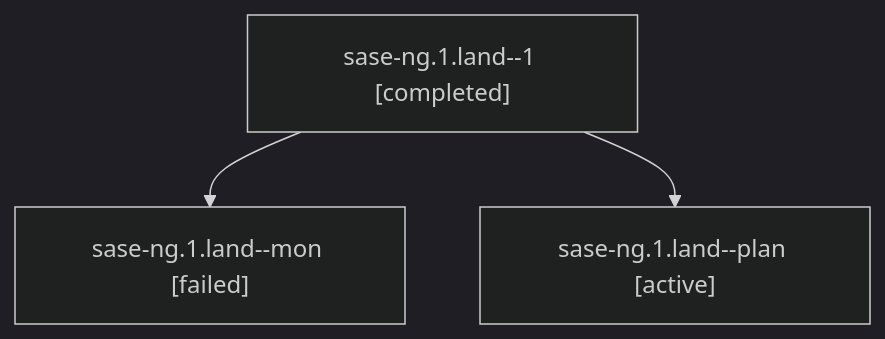
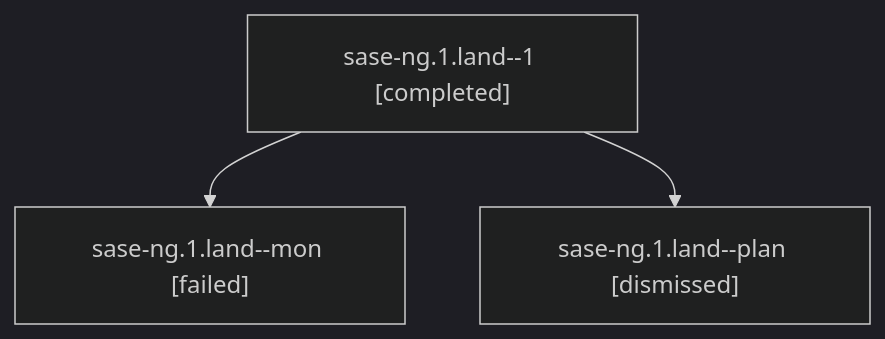
The diagram in sessions/bbugyi200.athena.sase-ng.1.land.md (sase-org/sase--agents), drawn with Mermaid (dark theme) before and after one commit. The commit also changed other lines of this file and 219 other files, not shown here.

````diff
--- a/sessions/bbugyi200.athena.sase-ng.1.land.md
+++ b/sessions/bbugyi200.athena.sase-ng.1.land.md
@@ -9,8 +9,8 @@
 ```mermaid
 flowchart TD
   n0["sase-ng.1.land--1 [completed]"]
   n1["sase-ng.1.land--mon [failed]"]
   n0 --> n1
-  n2["sase-ng.1.land--plan [active]"]
+  n2["sase-ng.1.land--plan [dismissed]"]
   n0 --> n2
 ```
````
